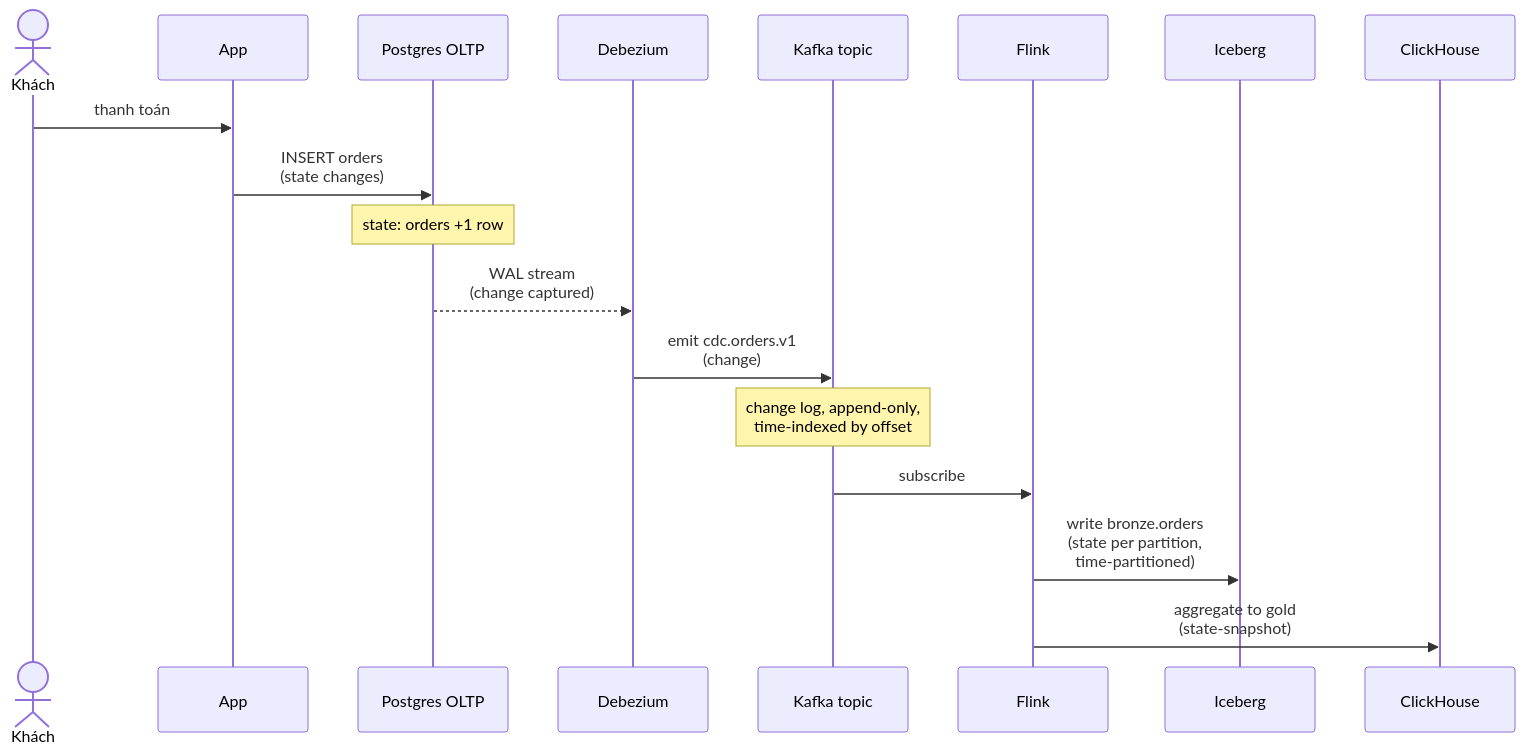
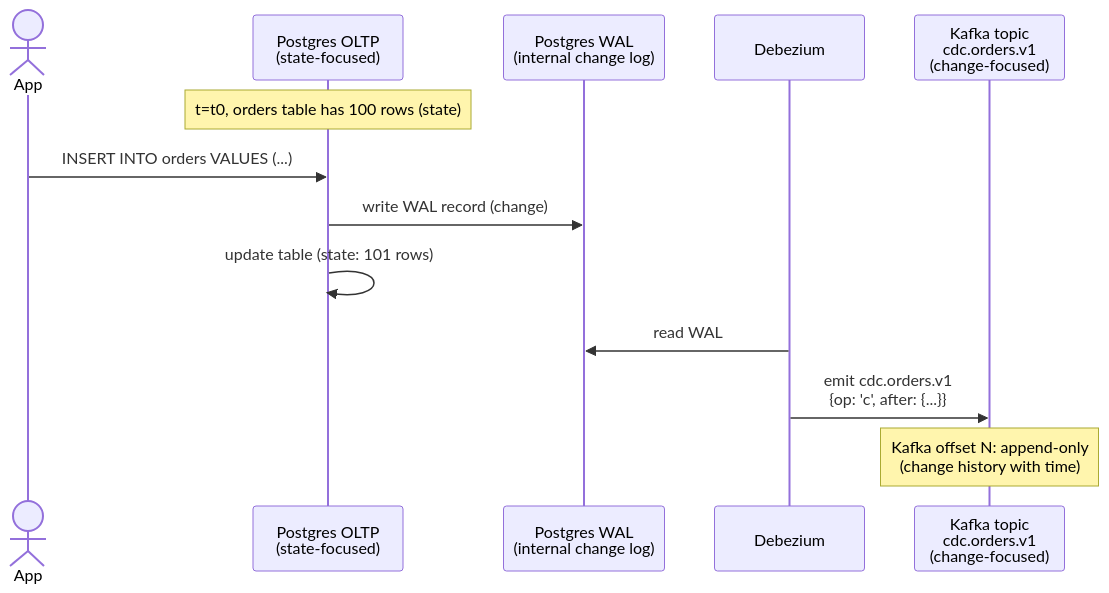
One commit to ankinguyen-engineer-2002/realtime-data-ai-platform-digital-twin changed the third of 6 diagrams in learning/00-mental-models/04-state-change-time.md. Above: the diagram before and after it, drawn with Mermaid. The commit also changed other lines of this file and 1 other file, not shown here.

````diff
--- a/learning/00-mental-models/04-state-change-time.md
+++ b/learning/00-mental-models/04-state-change-time.md
@@ -118,21 +261,16 @@
 ```mermaid
 sequenceDiagram
-    actor C as Khách
-    participant App
-    participant PG as Postgres OLTP
+    actor App
+    participant PG as Postgres OLTP<br/>(state-focused)
+    participant WAL as Postgres WAL<br/>(internal change log)
     participant DBZ as Debezium
-    participant K as Kafka topic
-    participant FL as Flink
-    participant IC as Iceberg
-    participant CH as ClickHouse
+    participant K as Kafka topic<br/>cdc.orders.v1<br/>(change-focused)
 
-    C->>App: thanh toán
-    App->>PG: INSERT orders<br/>(state changes)
-    Note over PG: state: orders +1 row
-    PG-->>DBZ: WAL stream<br/>(change captured)
-    DBZ->>K: emit cdc.orders.v1<br/>(change)
-    Note over K: change log, append-only,<br/>time-indexed by offset
-    K->>FL: subscribe
-    FL->>IC: write bronze.orders<br/>(state per partition,<br/>time-partitioned)
-    FL->>CH: aggregate to gold<br/>(state-snapshot)
+    Note over PG: t=t0, orders table has 100 rows (state)
+    App->>PG: INSERT INTO orders VALUES (...)
+    PG->>WAL: write WAL record (change)
+    PG->>PG: update table (state: 101 rows)
+    DBZ->>WAL: read WAL
+    DBZ->>K: emit cdc.orders.v1<br/>{op: 'c', after: {...}}
+    Note over K: Kafka offset N: append-only<br/>(change history with time)
 ```
````
